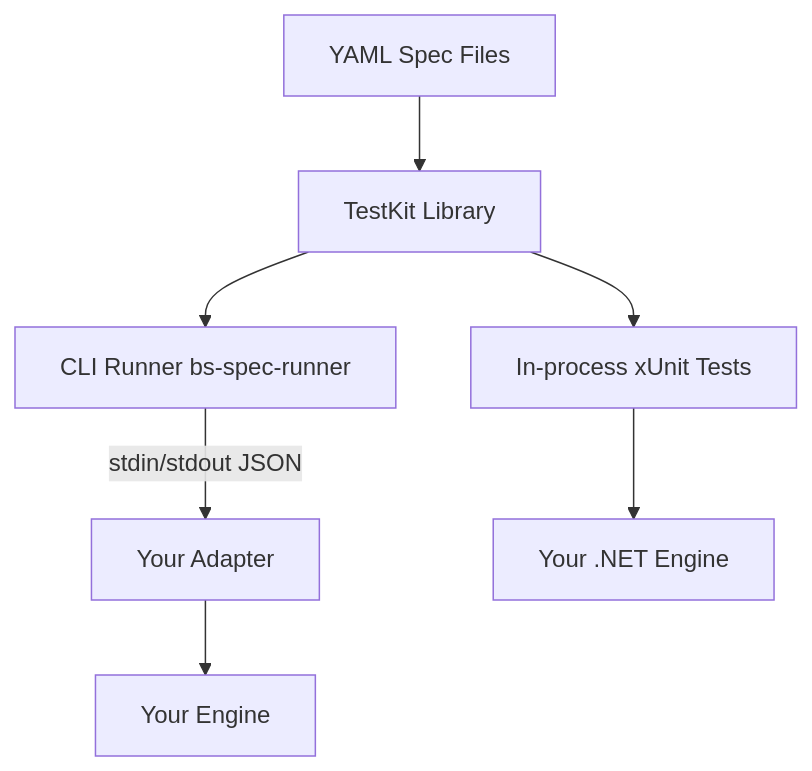
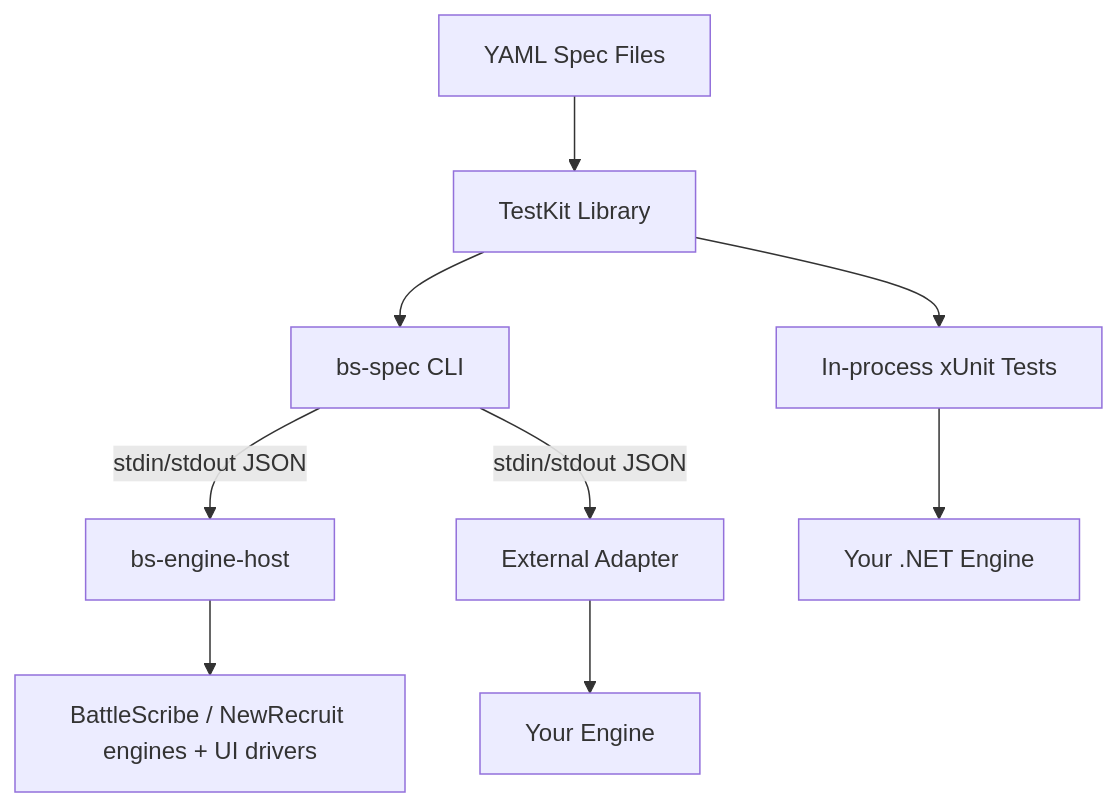
Before and after one commit to WarHub/battlescribe-spec: the diagram in README.md, drawn with Mermaid. The commit also changed other lines of this file and 75 other files, not shown here.

First line of the commit message:
feat: bs-engine-host + protocol-driven CLI (#271, PR 2/3) (#297)

````diff
--- a/README.md
+++ b/README.md
@@ -47,9 +80,11 @@
 ```mermaid
 graph TD
     A[YAML Spec Files] --> B[TestKit Library]
     B --> C1[In-process xUnit Tests]
-    B --> C2[CLI Runner bs-spec-runner]
-    C2 -->|stdin/stdout JSON| D[Your Adapter]
-    D --> E[Your Engine]
+    B --> C2[bs-spec CLI]
+    C2 -->|stdin/stdout JSON| D1[bs-engine-host]
+    C2 -->|stdin/stdout JSON| D2[External Adapter]
+    D1 --> E1[BattleScribe / NewRecruit engines + UI drivers]
+    D2 --> E2[Your Engine]
     C1 --> F[Your .NET Engine]
 ```
````
